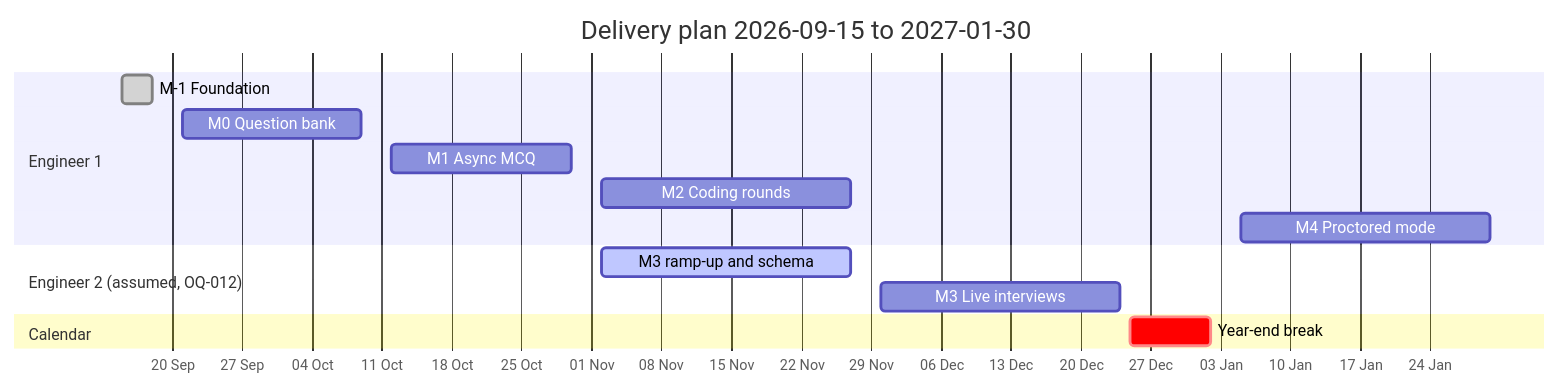
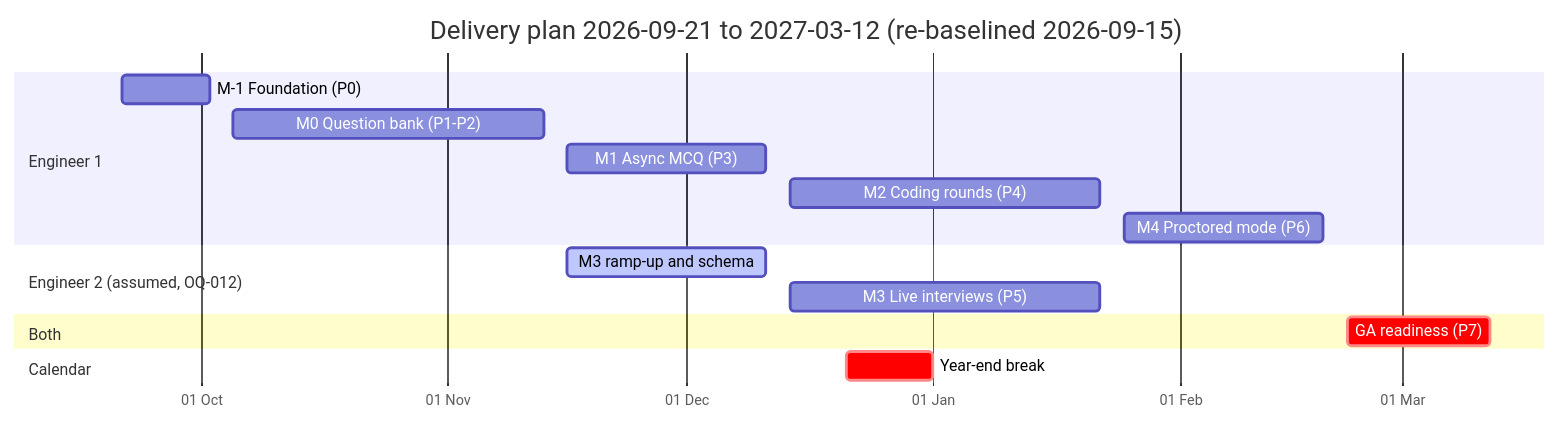
Before and after one commit to CasualOffice/assaybank: the diagram in project/MILESTONES.md, drawn with Mermaid. The commit also changed other lines of this file and 9 other files, not shown here.

First line of the commit message:
docs: add the phase roadmap, the P0 build plan and the engineering standards

````diff
--- a/project/MILESTONES.md
+++ b/project/MILESTONES.md
@@ -37,21 +46,24 @@
 ```mermaid
 gantt
-    title Delivery plan 2026-09-15 to 2027-01-30
+    title Delivery plan 2026-09-21 to 2027-03-12 (re-baselined 2026-09-15)
     dateFormat YYYY-MM-DD
     axisFormat %d %b
     todayMarker off
 
     section Engineer 1
-    M-1 Foundation          :done,   mm1, 2026-09-15, 2026-09-18
-    M0 Question bank        :        m0,  2026-09-21, 2026-10-09
-    M1 Async MCQ            :        m1,  2026-10-12, 2026-10-30
-    M2 Coding rounds        :        m2,  2026-11-02, 2026-11-27
-    M4 Proctored mode       :        m4,  2027-01-05, 2027-01-30
+    M-1 Foundation (P0)     :        mm1, 2026-09-21, 2026-10-02
+    M0 Question bank (P1-P2):        m0,  2026-10-05, 2026-11-13
+    M1 Async MCQ (P3)       :        m1,  2026-11-16, 2026-12-11
+    M2 Coding rounds (P4)   :        m2,  2026-12-14, 2027-01-22
+    M4 Proctored mode (P6)  :        m4,  2027-01-25, 2027-02-19
 
     section Engineer 2 (assumed, OQ-012)
-    M3 ramp-up and schema   :active, m3r, 2026-11-02, 2026-11-27
-    M3 Live interviews      :        m3,  2026-11-30, 2026-12-24
+    M3 ramp-up and schema   :active, m3r, 2026-11-16, 2026-12-11
+    M3 Live interviews (P5) :        m3,  2026-12-14, 2027-01-22
+
+    section Both
+    GA readiness (P7)       :crit,   p7,  2027-02-22, 2027-03-12
 
     section Calendar
-    Year-end break          :crit,   brk, 2026-12-25, 2027-01-02
+    Year-end break          :crit,   brk, 2026-12-21, 2027-01-01
 ```
````
